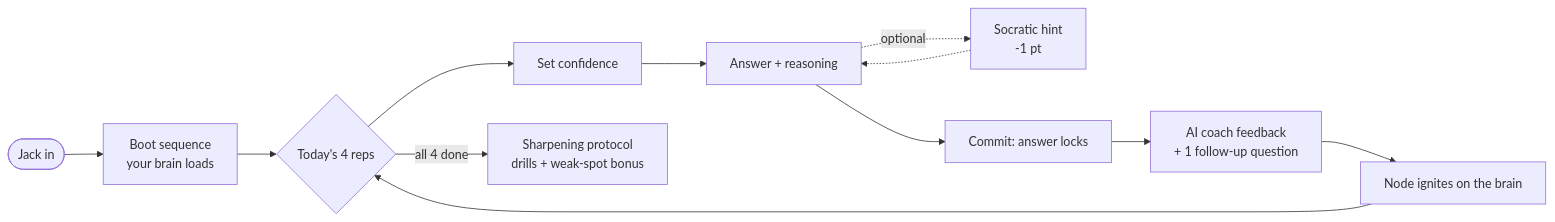
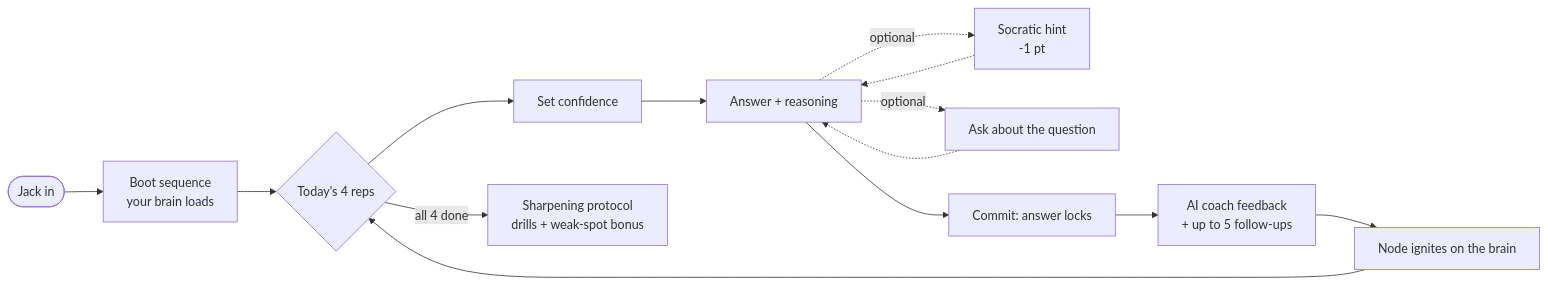
The first of 2 diagrams in README.md (Ali-shaiikh/Cortex30), drawn with Mermaid before and after one commit. The commit also changed other lines of this file and 12 other files, not shown here.

First line of the commit message:
Coach conversations: ask about the question, multiple follow-ups

````diff
--- a/README.md
+++ b/README.md
@@ -50,14 +50,16 @@
 ```mermaid
 flowchart LR
     A([Jack in]) --> B[Boot sequence<br/>your brain loads]
     B --> C{Today's 4 reps}
     C --> D[Set confidence]
     D --> E[Answer + reasoning]
     E -. optional .-> H[Socratic hint<br/>-1 pt]
     H -.-> E
+    E -. optional .-> Q[Ask about the question]
+    Q -.-> E
     E --> F[Commit: answer locks]
-    F --> G[AI coach feedback<br/>+ 1 follow-up question]
+    F --> G[AI coach feedback<br/>+ up to 5 follow-ups]
     G --> N[Node ignites on the brain]
     N --> C
     C -->|all 4 done| S[Sharpening protocol<br/>drills + weak-spot bonus]
 ```
````
